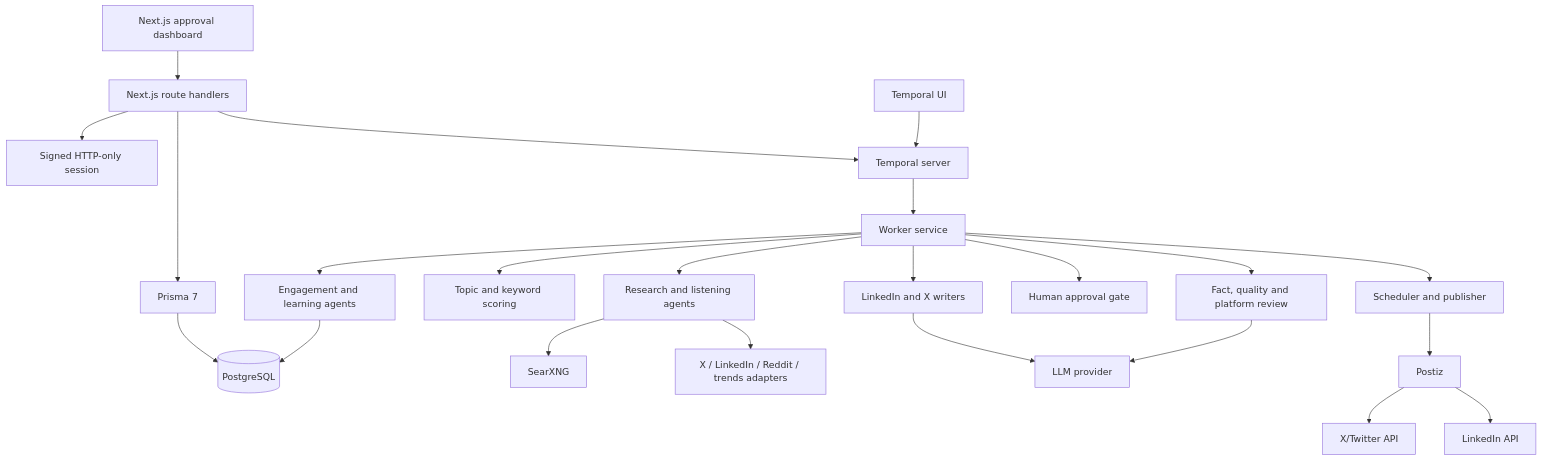
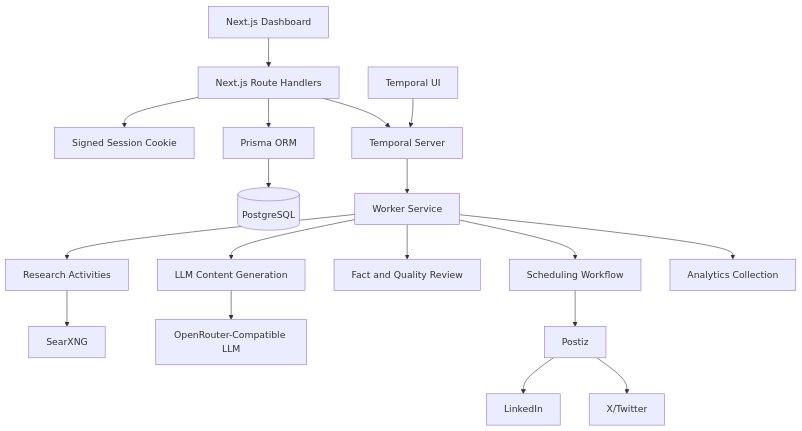
The diagram in README.md (niks-nikhil-anand/AI-Swarm-For-Social-Media-CMS), drawn with Mermaid before and after one commit. The commit also changed other lines of this file, not shown here.

````diff
--- a/README.md
+++ b/README.md
@@ -511,28 +100,23 @@
 ```mermaid
 flowchart TB
-    UI["Next.js approval dashboard"] --> API["Next.js route handlers"]
-    API --> Auth["Signed HTTP-only session"]
-    API --> Prisma["Prisma 7"]
+    UI["Next.js Dashboard"] --> API["Next.js Route Handlers"]
+    API --> Auth["Signed Session Cookie"]
+    API --> Prisma["Prisma ORM"]
     Prisma --> DB[("PostgreSQL")]
 
-    API --> Temporal["Temporal server"]
-    Temporal --> Worker["Worker service"]
+    API --> Temporal["Temporal Server"]
+    Temporal --> Worker["Worker Service"]
     TemporalUI["Temporal UI"] --> Temporal
 
-    Worker --> Research["Research and listening agents"]
-    Worker --> Strategy["Topic and keyword scoring"]
-    Worker --> Writers["LinkedIn and X writers"]
-    Worker --> Review["Fact, quality and platform review"]
-    Worker --> Approval["Human approval gate"]
-    Worker --> Publishing["Scheduler and publisher"]
-    Worker --> Analytics["Engagement and learning agents"]
+    Worker --> Research["Research Activities"]
+    Worker --> Generation["LLM Content Generation"]
+    Worker --> Review["Fact and Quality Review"]
+    Worker --> Scheduler["Scheduling Workflow"]
+    Worker --> Analytics["Analytics Collection"]
 
     Research --> SearXNG["SearXNG"]
-    Research --> SocialAPIs["X / LinkedIn / Reddit / trends adapters"]
-    Writers --> LLM["LLM provider"]
-    Review --> LLM
-    Publishing --> Postiz["Postiz"]
-    Postiz --> XAPI["X/Twitter API"]
-    Postiz --> LinkedInAPI["LinkedIn API"]
-    Analytics --> DB
+    Generation --> LLM["OpenRouter-Compatible LLM"]
+    Scheduler --> Postiz["Postiz"]
+    Postiz --> LinkedIn["LinkedIn"]
+    Postiz --> X["X/Twitter"]
 ```
````
